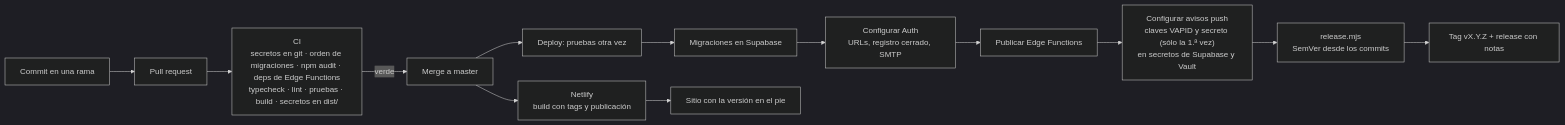
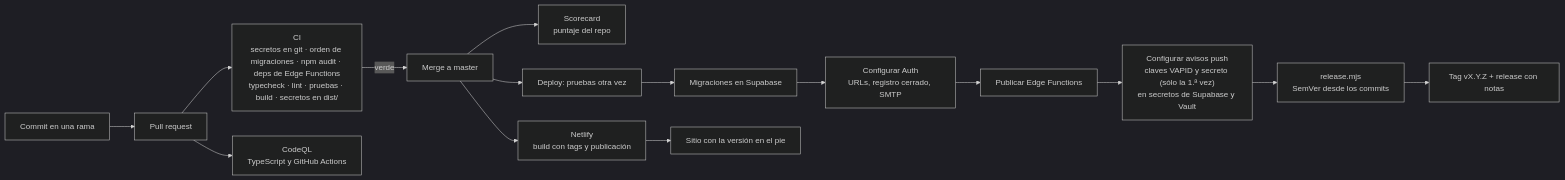
Before and after one commit to Juan-Carlos-Estevez-Vargas/Camila-Sanchez: diagram 39 of 44 in docs/DIAGRAMAS.md, drawn with Mermaid (dark theme). The commit also changed other lines of this file and 5 other files, not shown here.

First line of the commit message:
ci(seguridad): análisis con CodeQL y puntaje de OpenSSF Scorecard

````diff
--- a/docs/DIAGRAMAS.md
+++ b/docs/DIAGRAMAS.md
@@ -953,15 +956,17 @@
 ```mermaid
 flowchart LR
   DEV["Commit en una rama"] --> PR["Pull request"]
   PR --> CI["CI<br/>secretos en git · orden de migraciones · npm audit · deps de Edge Functions<br/>typecheck · lint · pruebas · build · secretos en dist/"]
+  PR --> CQ["CodeQL<br/>TypeScript y GitHub Actions"]
   CI -- "verde" --> M["Merge a master"]
+  M --> SC["Scorecard<br/>puntaje del repo"]
   M --> D1["Deploy: pruebas otra vez"]
   D1 --> D2["Migraciones en Supabase"]
   D2 --> D3["Configurar Auth<br/>URLs, registro cerrado, SMTP"]
   D3 --> D4["Publicar Edge Functions"]
   D4 --> D5["Configurar avisos push<br/>claves VAPID y secreto (sólo la 1.ª vez)<br/>en secretos de Supabase y Vault"]
   D5 --> REL["release.mjs<br/>SemVer desde los commits"]
   REL --> TAG["Tag vX.Y.Z + release con notas"]
   M --> NET["Netlify<br/>build con tags y publicación"]
   NET --> WEB["Sitio con la versión en el pie"]
 ```
````
